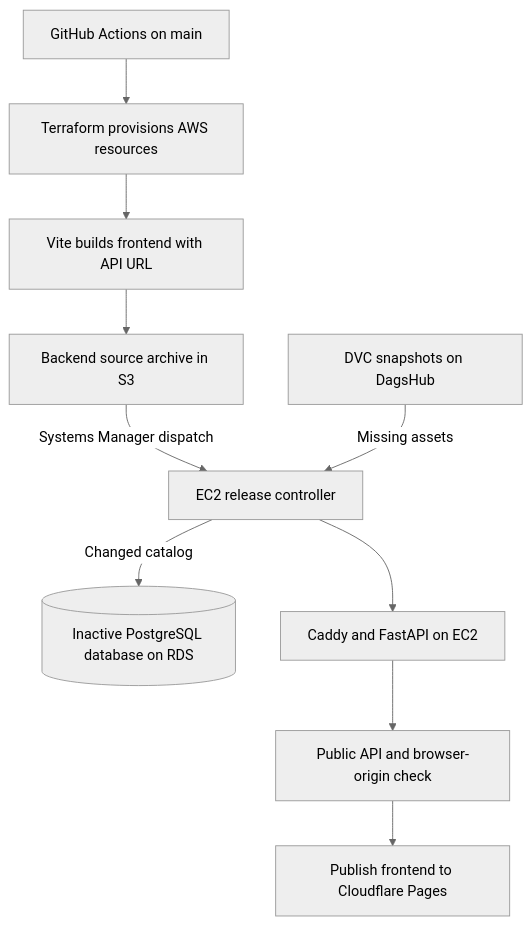
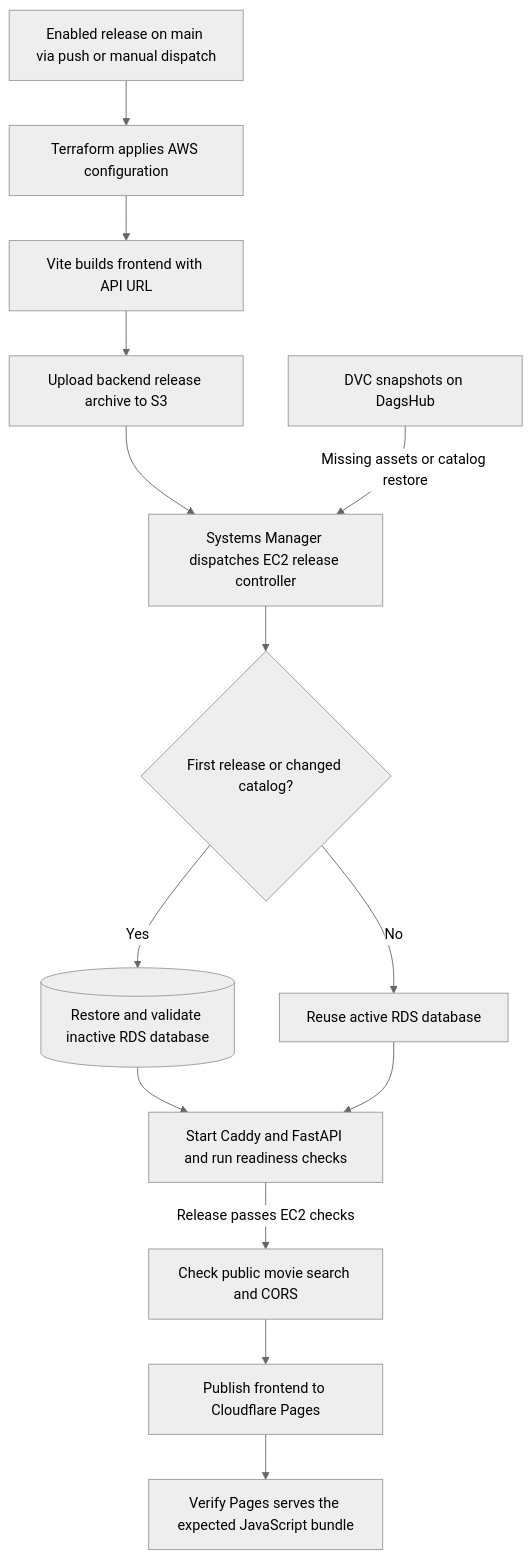
One commit to Nuwantha97/movie_recommendation_system changed the second of 2 diagrams in README.md. Above: the diagram before and after it, drawn with Mermaid (neutral theme). The commit also changed other lines of this file, not shown here.

Commit message:
fix: enhance candidate selection logic in README with detailed flowchart updates

````diff
--- a/README.md
+++ b/README.md
@@ -68,12 +91,16 @@
 ```mermaid
 flowchart TD
-    Actions[GitHub Actions on main] --> Infra[Terraform provisions AWS resources]
+    Actions[Enabled release on main via push or manual dispatch] --> Infra[Terraform applies AWS configuration]
     Infra --> Build[Vite builds frontend with API URL]
-    Build --> Archive[Backend source archive in S3]
-    Archive -->|Systems Manager dispatch| EC2[EC2 release controller]
-    DVC[DVC snapshots on DagsHub] -->|Missing assets| EC2
-    EC2 -->|Changed catalog| RDS[(Inactive PostgreSQL database on RDS)]
-    EC2 --> API[Caddy and FastAPI on EC2]
-    API --> Gate[Public API and browser-origin check]
+    Build --> Archive[Upload backend release archive to S3]
+    Archive --> EC2[Systems Manager dispatches EC2 release controller]
+    DVC[DVC snapshots on DagsHub] -->|Missing assets or catalog restore| EC2
+    EC2 --> Catalog{"First release or changed catalog?"}
+    Catalog -->|Yes| RDS[(Restore and validate inactive RDS database)]
+    Catalog -->|No| Active[Reuse active RDS database]
+    RDS --> API[Start Caddy and FastAPI and run readiness checks]
+    Active --> API
+    API -->|Release passes EC2 checks| Gate[Check public movie search and CORS]
     Gate --> Pages[Publish frontend to Cloudflare Pages]
+    Pages --> Verify[Verify Pages serves the expected JavaScript bundle]
 ```
````
